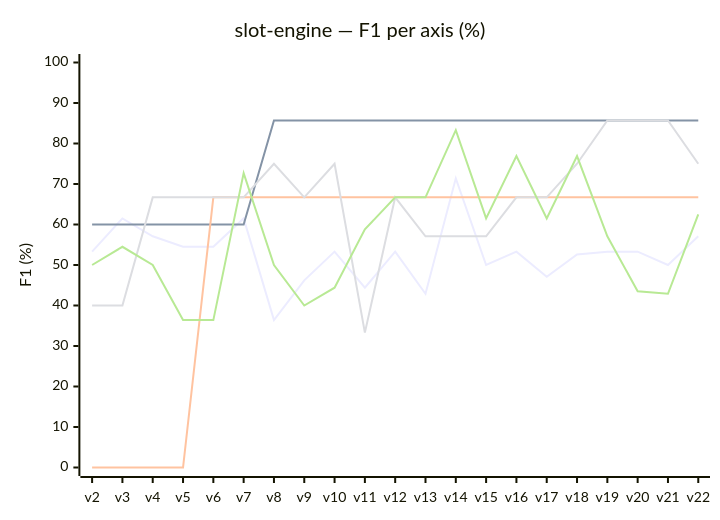
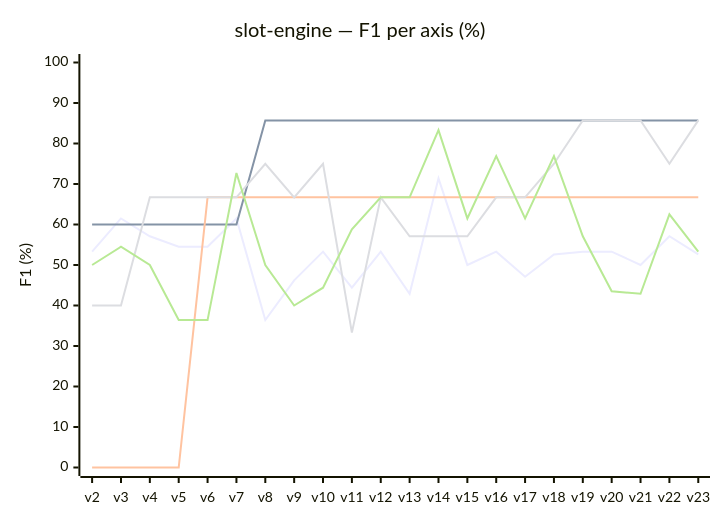
Before and after one commit to r-via/anatoly-bench: the second of 2 diagrams in docs/02-slot-engine-results.md, drawn with Mermaid. The commit also changed other lines of this file and 37 other files, not shown here.

````diff
--- a/docs/02-slot-engine-results.md
+++ b/docs/02-slot-engine-results.md
@@ -21,11 +21,11 @@
 ```mermaid
 xychart-beta
     title "slot-engine — F1 per axis (%)"
-    x-axis [v2, v3, v4, v5, v6, v7, v8, v9, v10, v11, v12, v13, v14, v15, v16, v17, v18, v19, v20, v21, v22]
+    x-axis [v2, v3, v4, v5, v6, v7, v8, v9, v10, v11, v12, v13, v14, v15, v16, v17, v18, v19, v20, v21, v22, v23]
     y-axis "F1 (%)" 0 --> 100
-    line "correction" [53.3, 61.5, 57.1, 54.5, 54.5, 61.5, 36.4, 46.2, 53.3, 44.4, 53.3, 42.9, 71.4, 50.0, 53.3, 47.1, 52.6, 53.3, 53.3, 50.0, 57.1]
-    line "utility" [60.0, 60.0, 60.0, 60.0, 60.0, 60.0, 85.7, 85.7, 85.7, 85.7, 85.7, 85.7, 85.7, 85.7, 85.7, 85.7, 85.7, 85.7, 85.7, 85.7, 85.7]
-    line "duplication" [0.0, 0.0, 0.0, 0.0, 66.7, 66.7, 66.7, 66.7, 66.7, 66.7, 66.7, 66.7, 66.7, 66.7, 66.7, 66.7, 66.7, 66.7, 66.7, 66.7, 66.7]
-    line "overengineering" [40.0, 40.0, 66.7, 66.7, 66.7, 66.7, 75.0, 66.7, 75.0, 33.3, 66.7, 57.1, 57.1, 57.1, 66.7, 66.7, 75.0, 85.7, 85.7, 85.7, 75.0]
-    line "best-practices" [50.0, 54.5, 50.0, 36.4, 36.4, 72.7, 50.0, 40.0, 44.4, 58.8, 66.7, 66.7, 83.3, 61.5, 76.9, 61.5, 76.9, 57.1, 43.5, 42.9, 62.5]
+    line "correction" [53.3, 61.5, 57.1, 54.5, 54.5, 61.5, 36.4, 46.2, 53.3, 44.4, 53.3, 42.9, 71.4, 50.0, 53.3, 47.1, 52.6, 53.3, 53.3, 50.0, 57.1, 52.6]
+    line "utility" [60.0, 60.0, 60.0, 60.0, 60.0, 60.0, 85.7, 85.7, 85.7, 85.7, 85.7, 85.7, 85.7, 85.7, 85.7, 85.7, 85.7, 85.7, 85.7, 85.7, 85.7, 85.7]
+    line "duplication" [0.0, 0.0, 0.0, 0.0, 66.7, 66.7, 66.7, 66.7, 66.7, 66.7, 66.7, 66.7, 66.7, 66.7, 66.7, 66.7, 66.7, 66.7, 66.7, 66.7, 66.7, 66.7]
+    line "overengineering" [40.0, 40.0, 66.7, 66.7, 66.7, 66.7, 75.0, 66.7, 75.0, 33.3, 66.7, 57.1, 57.1, 57.1, 66.7, 66.7, 75.0, 85.7, 85.7, 85.7, 75.0, 85.7]
+    line "best-practices" [50.0, 54.5, 50.0, 36.4, 36.4, 72.7, 50.0, 40.0, 44.4, 58.8, 66.7, 66.7, 83.3, 61.5, 76.9, 61.5, 76.9, 57.1, 43.5, 42.9, 62.5, 53.3]
 ```
````
